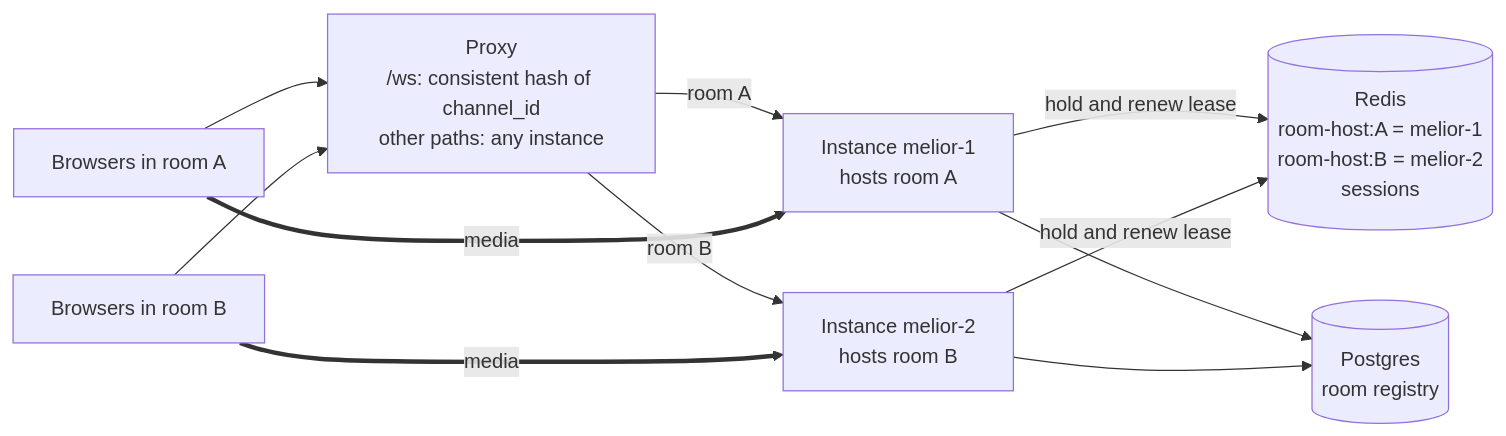
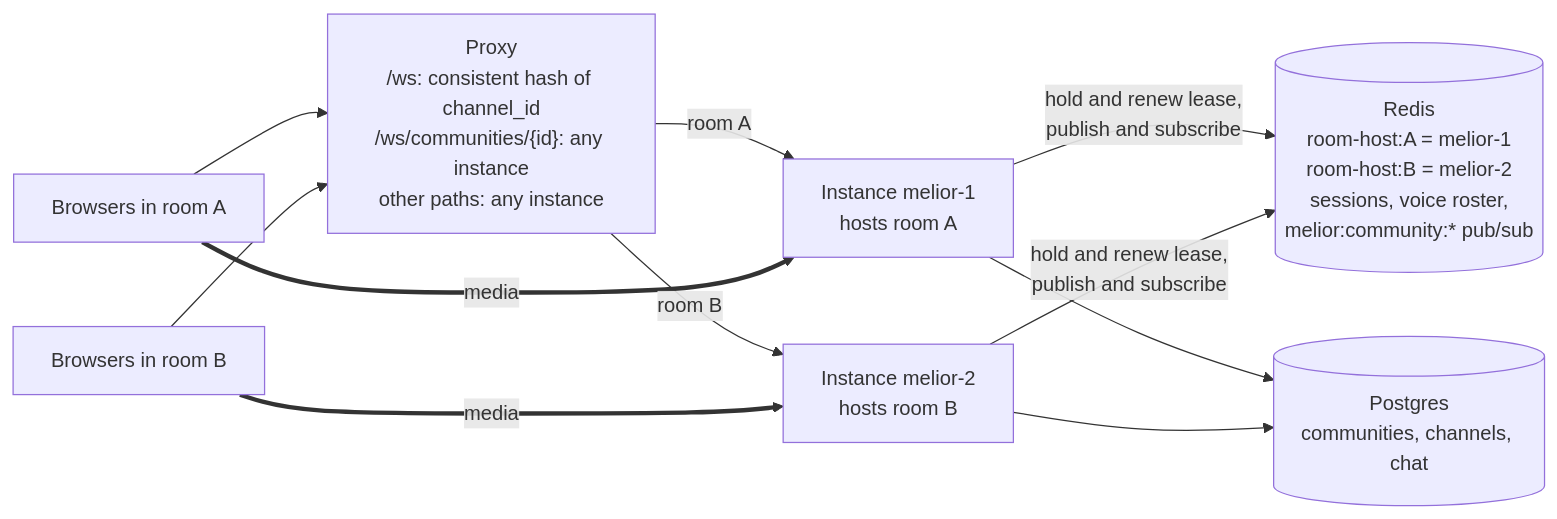
One commit to Jonohas/melior changed diagram 13 of 18 in docs/architecture.md. Above: the diagram before and after it, drawn with Mermaid. The commit also changed other lines of this file and 2 other files, not shown here.

Commit message:
Document communities, permissions and voice presence

````diff
--- a/docs/architecture.md
+++ b/docs/architecture.md
@@ -441,21 +497,21 @@
 ```mermaid
 flowchart LR
     b1["Browsers in room A"]
     b2["Browsers in room B"]
-    proxy["Proxy<br/>/ws: consistent hash of channel_id<br/>other paths: any instance"]
+    proxy["Proxy<br/>/ws: consistent hash of channel_id<br/>/ws/communities/{id}: any instance<br/>other paths: any instance"]
     i1["Instance melior-1<br/>hosts room A"]
     i2["Instance melior-2<br/>hosts room B"]
-    redis[("Redis<br/>room-host:A = melior-1<br/>room-host:B = melior-2<br/>sessions")]
-    pg[("Postgres<br/>room registry")]
+    redis[("Redis<br/>room-host:A = melior-1<br/>room-host:B = melior-2<br/>sessions, voice roster,<br/>melior:community:* pub/sub")]
+    pg[("Postgres<br/>communities, channels, chat")]
 
     b1 --> proxy
     b2 --> proxy
     proxy -- "room A" --> i1
     proxy -- "room B" --> i2
-    i1 -- "hold and renew lease" --> redis
-    i2 -- "hold and renew lease" --> redis
+    i1 -- "hold and renew lease,<br/>publish and subscribe" --> redis
+    i2 -- "hold and renew lease,<br/>publish and subscribe" --> redis
     i1 --> pg
     i2 --> pg
     b1 == "media" ==> i1
     b2 == "media" ==> i2
 ```
````
